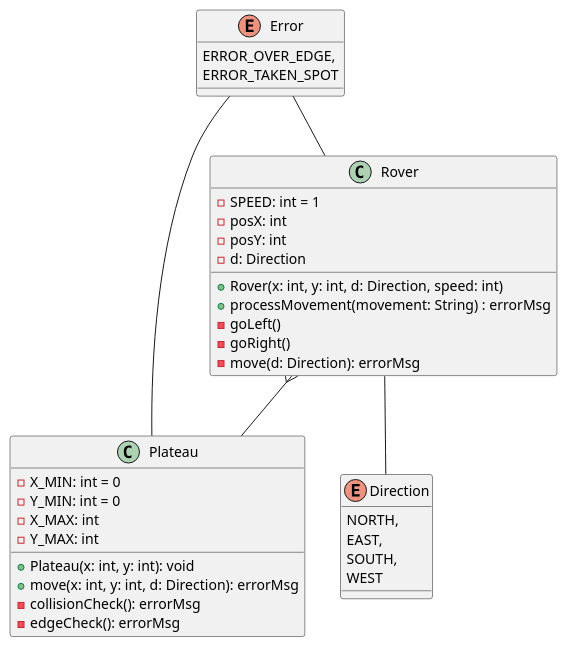
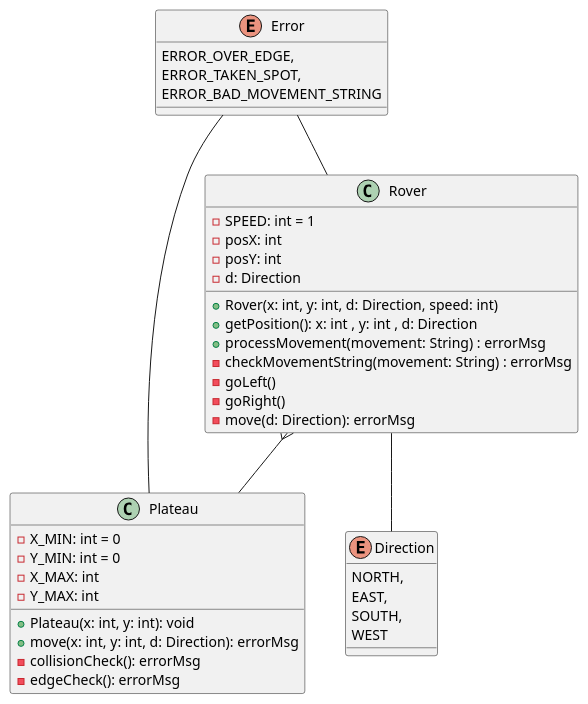
The diagram in mars-rover.puml (abinormal/mars-rover-kata), drawn with PlantUML before and after one commit.

Commit message:
Added more detail.

```diff
--- a/mars-rover.puml
+++ b/mars-rover.puml
@@ -1,47 +1,50 @@
 @startuml
 'https://plantuml.com/class-diagram
 
 Rover }-- Plateau
 Rover -- Direction
 
 Error -- Plateau
 Error -- Rover
 
 class Plateau {
 - X_MIN: int = 0
 - Y_MIN: int = 0
 - X_MAX: int
 - Y_MAX: int
 
 + Plateau(x: int, y: int): void
 + move(x: int, y: int, d: Direction): errorMsg
 - collisionCheck(): errorMsg
 - edgeCheck(): errorMsg
 }
 
 class Rover {
 - SPEED: int = 1
 - posX: int
 - posY: int
 - d: Direction
 
 + Rover(x: int, y: int, d: Direction, speed: int)
++ getPosition(): x: int , y: int , d: Direction
 + processMovement(movement: String) : errorMsg
+- checkMovementString(movement: String) : errorMsg
 - goLeft()
 - goRight()
 - move(d: Direction): errorMsg
 }
 
 enum Error {
     ERROR_OVER_EDGE,
-    ERROR_TAKEN_SPOT
+    ERROR_TAKEN_SPOT,
+    ERROR_BAD_MOVEMENT_STRING
 }
 
 enum Direction {
 NORTH,
 EAST,
 SOUTH,
 WEST
 }
 
 @enduml
```
